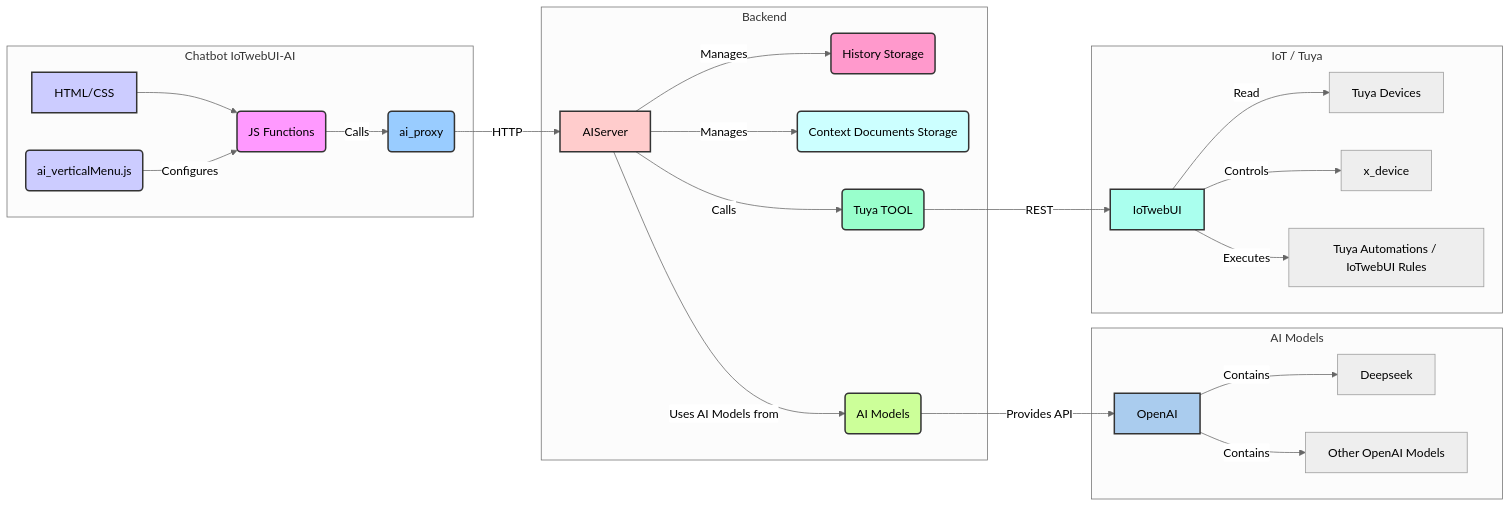
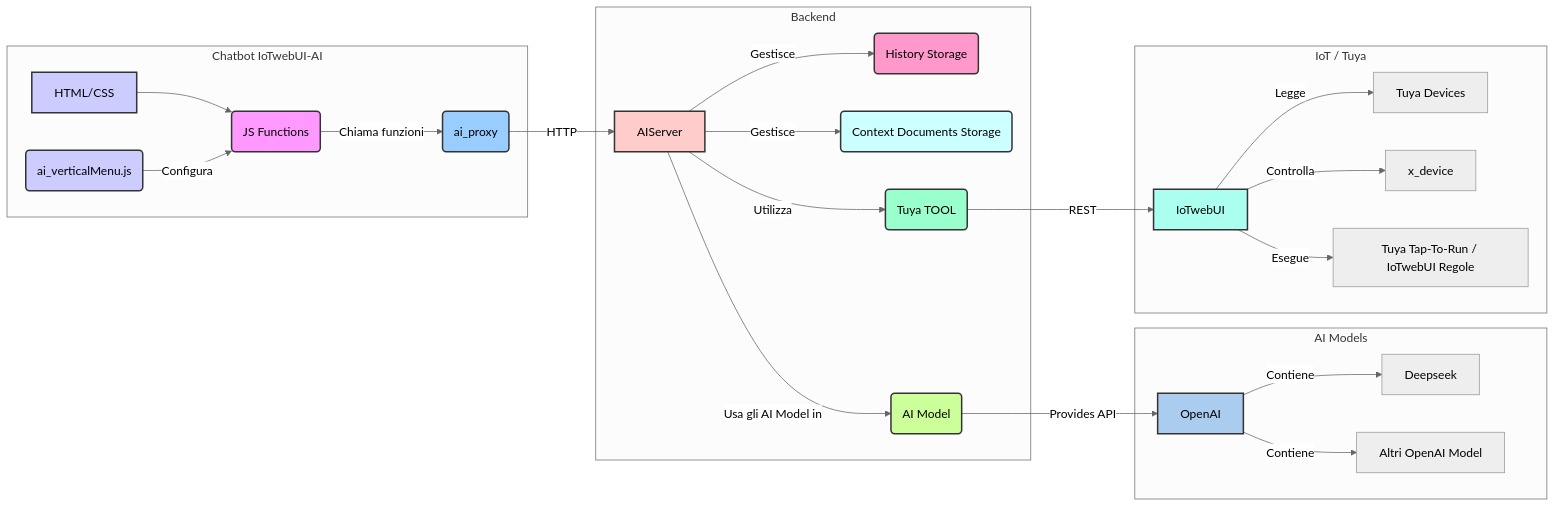
One commit to msillano/IoTwebUI changed the diagram in IOTwebUI-AI/LEGGIMI.md. Above: the diagram before and after it, drawn with Mermaid.

````diff
--- a/IOTwebUI-AI/LEGGIMI.md
+++ b/IOTwebUI-AI/LEGGIMI.md
@@ -12,41 +12,41 @@
 ```mermaid
 %%{init: {'theme': 'neutral'}}%%
 graph LR
     subgraph Chatbot IoTwebUI-AI
         style UI fill:#ccf,stroke:#333,stroke-width:2px
         style UI_JS fill:#f9f,stroke:#333,stroke-width:2px
         style UI_Menu fill:#ccf,stroke:#333,stroke-width:2px
         UI[HTML/CSS] --> UI_JS(JS Functions);
-        UI_Menu(ai_verticalMenu.js) -- Configures --> UI_JS;
-        UI_JS -- Calls --> Proxy(ai_proxy);
+        UI_Menu(ai_verticalMenu.js) -- Configura --> UI_JS;
+        UI_JS -- Chiama funzioni --> Proxy(ai_proxy);
     end
 
     subgraph Backend
         style Proxy fill:#9cf,stroke:#333,stroke-width:2px
         style AIServer fill:#fcc,stroke:#333,stroke-width:2px
         style HistoryDB fill:#f9c,stroke:#333,stroke-width:2px
         style ContextFiles fill:#cff,stroke:#333,stroke-width:2px
         Proxy -- HTTP --> AIServer;
-        AIServer -- Uses AI Models from --> AIModels(AI Models);
-        AIServer -- Manages --> HistoryDB(History Storage);
-        AIServer -- Manages --> ContextFiles(Context Documents Storage);
-        AIServer -- Calls   --> IoT(Tuya TOOL);
+        AIServer -- Usa gli AI Model in --> AIModels(AI Model);
+        AIServer -- Gestisce --> HistoryDB(History Storage);
+        AIServer -- Gestisce --> ContextFiles(Context Documents Storage);
+        AIServer -- Utilizza   --> IoT(Tuya TOOL);
     end
 
     subgraph AI Models
         style AIModels fill:#cf9,stroke:#333,stroke-width:2px
         style OpenAI fill:#ace,stroke:#333,stroke-width:2px
         AIModels -- Provides API --> OpenAI;
-        OpenAI -- Contains --> Deepseek;
-        OpenAI -- Contains --> GPTModels[Other OpenAI Models];
+        OpenAI -- Contiene --> Deepseek;
+        OpenAI -- Contiene --> GPTModels[Altri OpenAI Model];
      end
 
     subgraph IoT / Tuya
         style IoT fill:#9fc,stroke:#333,stroke-width:2px
         style IoTwebUI fill:#afe,stroke:#333,stroke-width:2px
         IoT -- REST --> IoTwebUI;
-        IoTwebUI -- Read -->     TuyaDevices[Tuya Devices];
-        IoTwebUI -- Controls --> x_device;
-        IoTwebUI -- Executes --> TuyaAutomations[Tuya Automations / IoTwebUI Rules];
+        IoTwebUI -- Legge -->     TuyaDevices[Tuya Devices];
+        IoTwebUI -- Controlla --> x_device;
+        IoTwebUI -- Esegue --> TuyaAutomations[Tuya Tap-To-Run / IoTwebUI Regole];
     end
 ```
````
